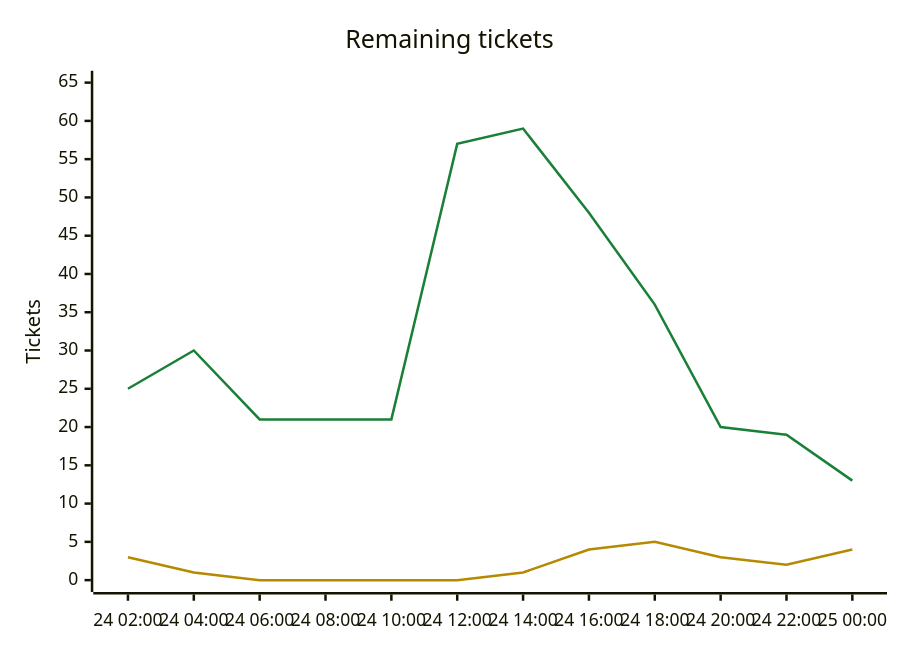
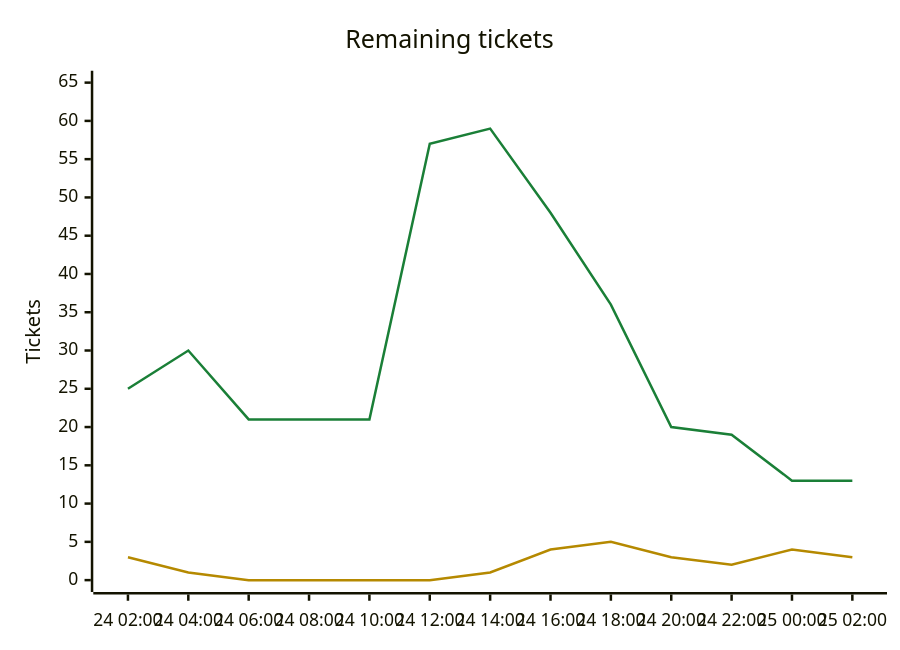
One commit to Kenmura/Unciv changed the second of 2 diagrams in csharp/migration/DEPENDENCY_MAP.md. Above: the diagram before and after it, drawn with Mermaid. The commit also changed other lines of this file and 1 other file, not shown here.

Commit message:
migration: review T157 pass [Claude, adversarial]

````diff
--- a/csharp/migration/DEPENDENCY_MAP.md
+++ b/csharp/migration/DEPENDENCY_MAP.md
@@ -124,9 +122,9 @@
 ```mermaid
 %%{init: {"themeVariables": {"xyChart": {"plotColorPalette": "#1a7f37, #b58900"}}}}%%
 xychart-beta
     title "Remaining tickets"
-    x-axis ["24 02:00", "24 04:00", "24 06:00", "24 08:00", "24 10:00", "24 12:00", "24 14:00", "24 16:00", "24 18:00", "24 20:00", "24 22:00", "25 00:00"]
+    x-axis ["24 02:00", "24 04:00", "24 06:00", "24 08:00", "24 10:00", "24 12:00", "24 14:00", "24 16:00", "24 18:00", "24 20:00", "24 22:00", "25 00:00", "25 02:00"]
     y-axis "Tickets" 0 --> 65
-    line [25, 30, 21, 21, 21, 57, 59, 48, 36, 20, 19, 13]
-    line [3, 1, 0, 0, 0, 0, 1, 4, 5, 3, 2, 4]
+    line [25, 30, 21, 21, 21, 57, 59, 48, 36, 20, 19, 13, 13]
+    line [3, 1, 0, 0, 0, 0, 1, 4, 5, 3, 2, 4, 3]
 ```
````
